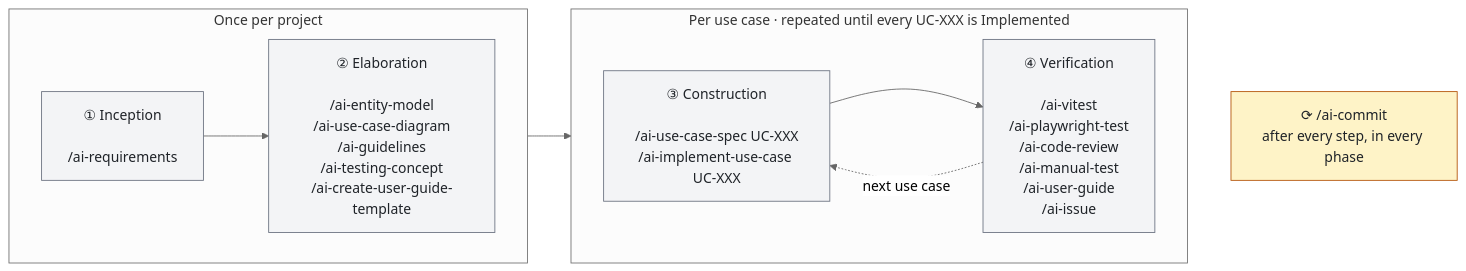
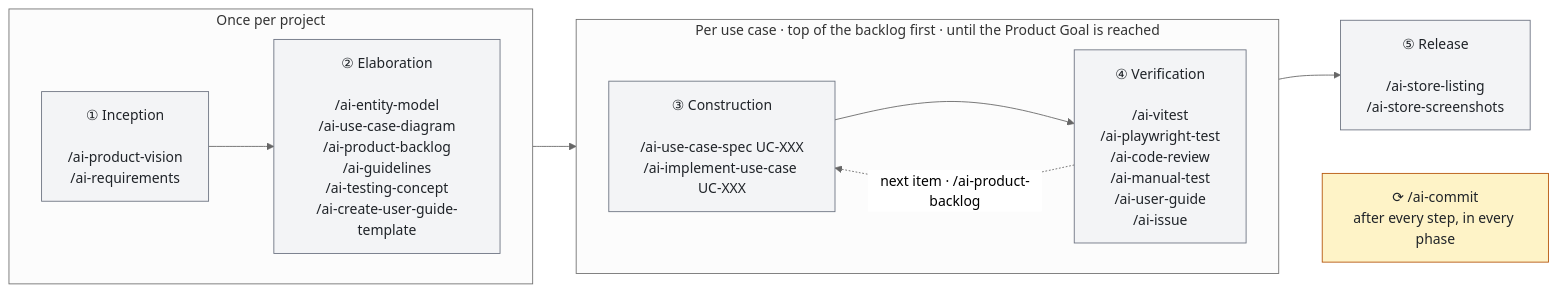
The first of 3 diagrams in README.md (liitu-ch/liitu-ai-architect-marketplace), drawn with Mermaid (neutral theme) before and after one commit. The commit also changed other lines of this file and 20 other files, not shown here.

First line of the commit message:
feat(product): add ai-architect-product plugin (vision, backlog, store assets)

````diff
--- a/README.md
+++ b/README.md
@@ -58,25 +70,28 @@
 ```mermaid
 flowchart LR
     subgraph once["Once per project"]
         direction LR
-        P1["① Inception<br/><br/>/ai-requirements"]
-        P2["② Elaboration<br/><br/>/ai-entity-model<br/>/ai-use-case-diagram<br/>/ai-guidelines<br/>/ai-testing-concept<br/>/ai-create-user-guide-template"]
+        P1["① Inception<br/><br/>/ai-product-vision<br/>/ai-requirements"]
+        P2["② Elaboration<br/><br/>/ai-entity-model<br/>/ai-use-case-diagram<br/>/ai-product-backlog<br/>/ai-guidelines<br/>/ai-testing-concept<br/>/ai-create-user-guide-template"]
         P1 --> P2
     end
 
-    subgraph loop["Per use case · repeated until every UC-XXX is Implemented"]
+    subgraph loop["Per use case · top of the backlog first · until the Product Goal is reached"]
         direction LR
         P3["③ Construction<br/><br/>/ai-use-case-spec UC-XXX<br/>/ai-implement-use-case UC-XXX"]
         P4["④ Verification<br/><br/>/ai-vitest<br/>/ai-playwright-test<br/>/ai-code-review<br/>/ai-manual-test<br/>/ai-user-guide<br/>/ai-issue"]
         P3 --> P4
-        P4 -. "next use case" .-> P3
+        P4 -. "next item · /ai-product-backlog" .-> P3
     end
 
+    P5["⑤ Release<br/><br/>/ai-store-listing<br/>/ai-store-screenshots"]
+
     P2 --> P3
+    P4 --> P5
     P4 ~~~ commit["⟳ /ai-commit<br/>after every step, in every phase"]
 
     classDef phase fill:#f3f4f6,stroke:#6b7280,color:#1f2328
     classDef devtools fill:#fef3c7,stroke:#b45309,color:#1f2328
-    class P1,P2,P3,P4 phase
+    class P1,P2,P3,P4,P5 phase
     class commit devtools
 ```
````
